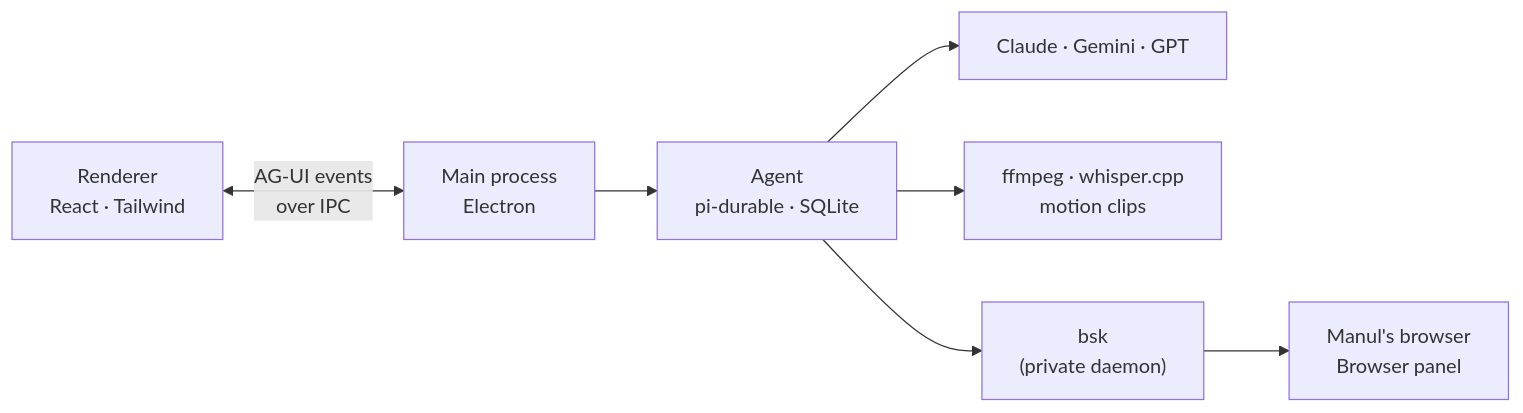
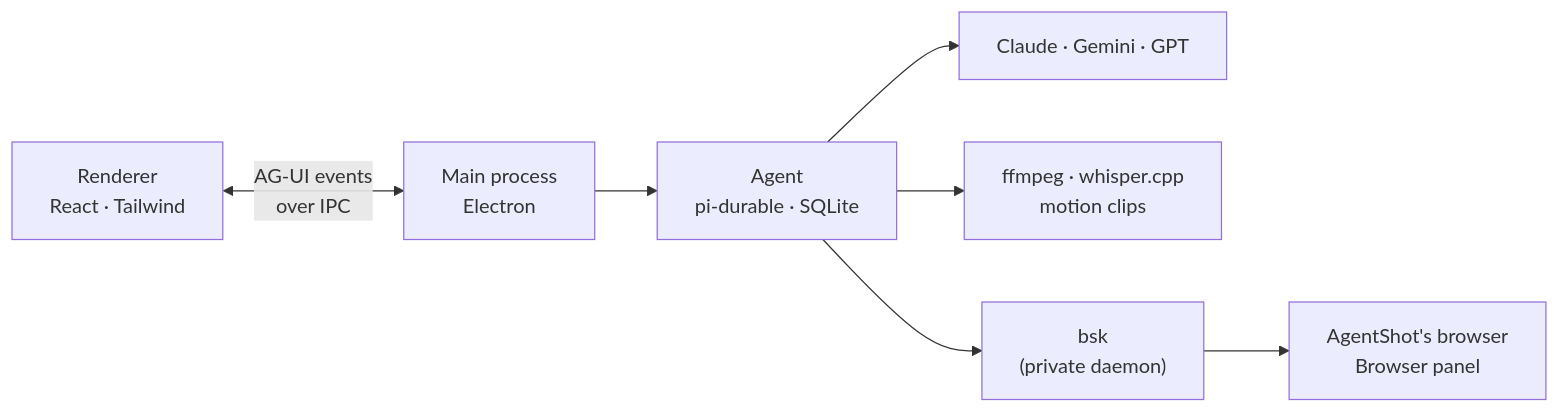
One commit to hormuz-labs/agentshot changed the diagram in CONTRIBUTING.md. Above: the diagram before and after it, drawn with Mermaid. The commit also changed other lines of this file and 18 other files, not shown here.

````diff
--- a/CONTRIBUTING.md
+++ b/CONTRIBUTING.md
@@ -87,9 +88,9 @@
 ```mermaid
 flowchart LR
   UI["Renderer<br/>React · Tailwind"] <-- "AG-UI events<br/>over IPC" --> Main["Main process<br/>Electron"]
   Main --> Agent["Agent<br/>pi-durable · SQLite"]
   Agent --> Models["Claude · Gemini · GPT"]
   Agent --> Tools["ffmpeg · whisper.cpp<br/>motion clips"]
   Agent --> Bsk["bsk<br/>(private daemon)"]
-  Bsk --> Browser["Manul's browser<br/>Browser panel"]
+  Bsk --> Browser["AgentShot's browser<br/>Browser panel"]
 ```
````
